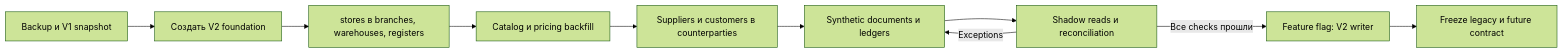
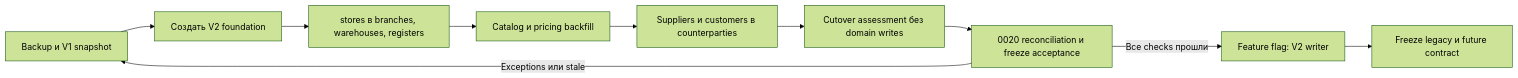
Before and after one commit to AkmalkhonIbrokhimov/market-pos: the eighth of 8 diagrams in docs/DATABASE_DESIGN_V2.md, drawn with Mermaid (forest theme). The commit also changed other lines of this file and 2 other files, not shown here.

````diff
--- a/docs/DATABASE_DESIGN_V2.md
+++ b/docs/DATABASE_DESIGN_V2.md
@@ -2166,18 +2193,18 @@
 ```mermaid
 flowchart LR
   Snapshot["Backup и V1 snapshot"]
   Foundation["Создать V2 foundation"]
   Locations["stores в branches, warehouses, registers"]
   Catalog["Catalog и pricing backfill"]
   Parties["Suppliers и customers в counterparties"]
-  Ledgers["Synthetic documents и ledgers"]
-  Shadow["Shadow reads и reconciliation"]
+  Assess["Cutover assessment без domain writes"]
+  Reconcile["0020 reconciliation и freeze acceptance"]
   Switch["Feature flag: V2 writer"]
   Contract["Freeze legacy и future contract"]
 
-  Snapshot --> Foundation --> Locations --> Catalog --> Parties --> Ledgers
-  Ledgers --> Shadow
-  Shadow -->|"Все checks прошли"| Switch
-  Shadow -->|"Exceptions"| Ledgers
+  Snapshot --> Foundation --> Locations --> Catalog --> Parties --> Assess
+  Assess --> Reconcile
+  Reconcile -->|"Все checks прошли"| Switch
+  Reconcile -->|"Exceptions или stale"| Snapshot
   Switch --> Contract
 ```
````
